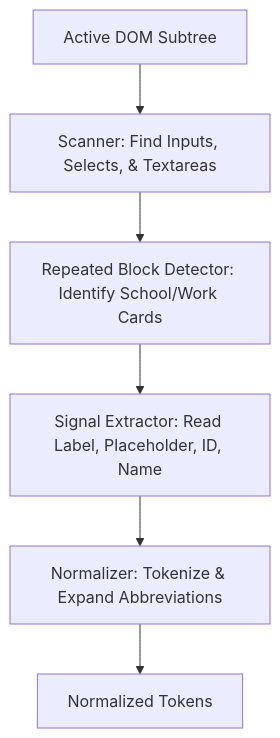
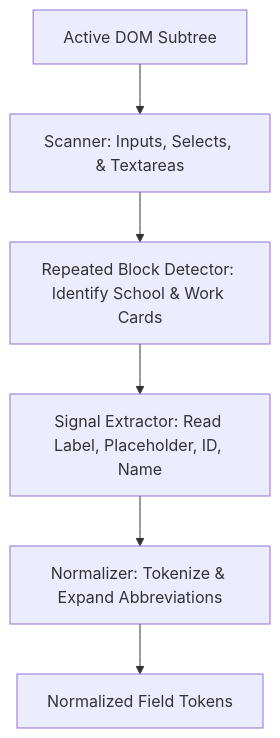
Before and after one commit to AhmadHassan-BTed/FormFilla: the first of 3 diagrams in README.md, drawn with Mermaid. The commit also changed other lines of this file, not shown here.

````diff
--- a/README.md
+++ b/README.md
@@ -39,8 +81,8 @@
 ```mermaid
 flowchart TD
-    DOM[Active DOM Subtree] --> Scan[Scanner: Find Inputs, Selects, & Textareas]
-    Scan --> Blocks[Repeated Block Detector: Identify School/Work Cards]
-    Blocks --> Extract[Signal Extractor: Read Label, Placeholder, ID, Name]
-    Extract --> Normalizer[Normalizer: Tokenize & Expand Abbreviations]
-    Normalizer --> Tokens[Normalized Tokens]
+    DOM["Active DOM Subtree"] --> Scan["Scanner: Inputs, Selects, & Textareas"]
+    Scan --> Blocks["Repeated Block Detector: Identify School & Work Cards"]
+    Blocks --> Extract["Signal Extractor: Read Label, Placeholder, ID, Name"]
+    Extract --> Normalizer["Normalizer: Tokenize & Expand Abbreviations"]
+    Normalizer --> Tokens["Normalized Field Tokens"]
 ```
````
